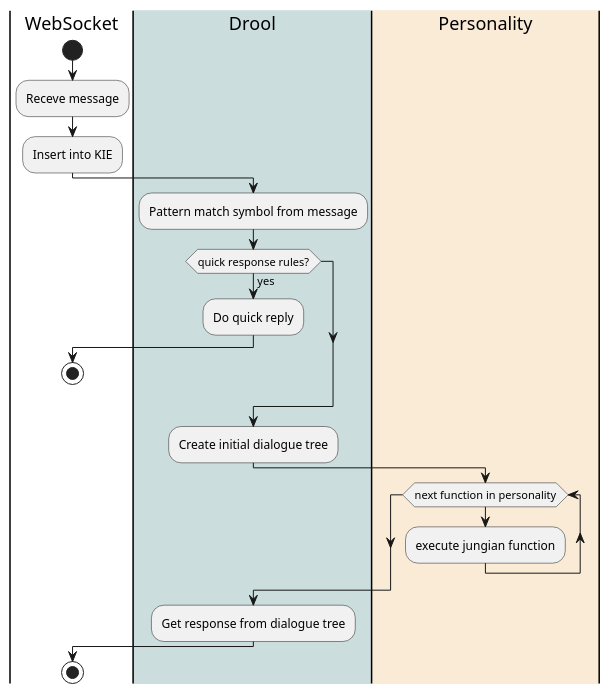
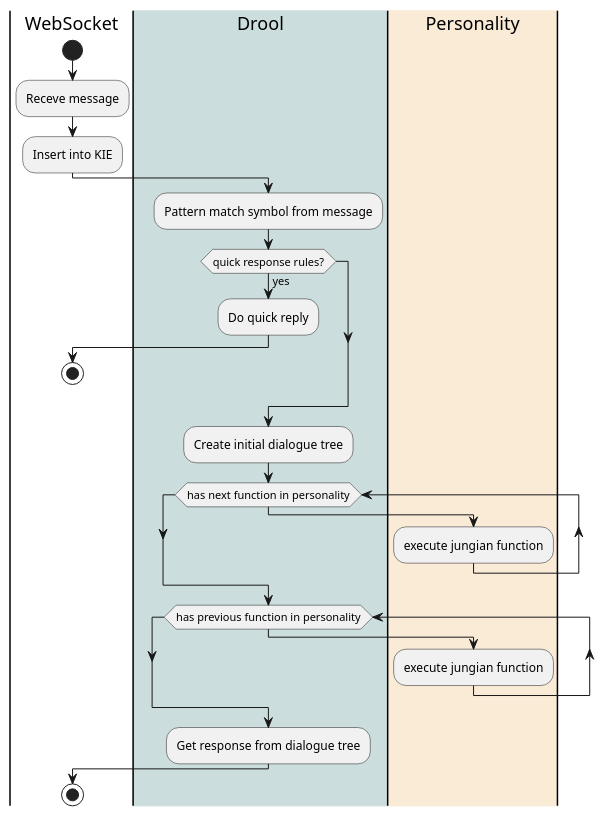
Before and after one commit to jappeace/methods-homework: diagram 13 of 14 in thesis/thesis.org, drawn with PlantUML. The commit also changed other lines of this file, not shown here.

Commit message:
Activity diagram more precise

```diff
--- a/thesis/thesis.org
+++ b/thesis/thesis.org
@@ -2802,24 +2802,29 @@
  #+BEGIN_SRC plantuml :cache yes :file img/uml/insert_meaning.png :exports results
  |WebSocket|
  start
  :Receve message;
  :Insert into KIE;
  |#CCDDDD|Drool|
  :Pattern match symbol from message;
  if (quick response rules?) then (yes)
  :Do quick reply;
  |WebSocket|
  stop
  endif
  |#CCDDDD|Drool|
  :Create initial dialogue tree;
+ while (has next function in personality)
  |#AntiqueWhite|Personality|
- while (next function in personality)
+ :execute jungian function;
+ |#CCDDDD|Drool|
+ endwhile
+ while (has previous function in personality)
+ |#AntiqueWhite|Personality|
  :execute jungian function;
  |#CCDDDD|Drool|
  endwhile
  :Get response from dialogue tree;
  |WebSocket|
  stop
 
  #+END_SRC
```
